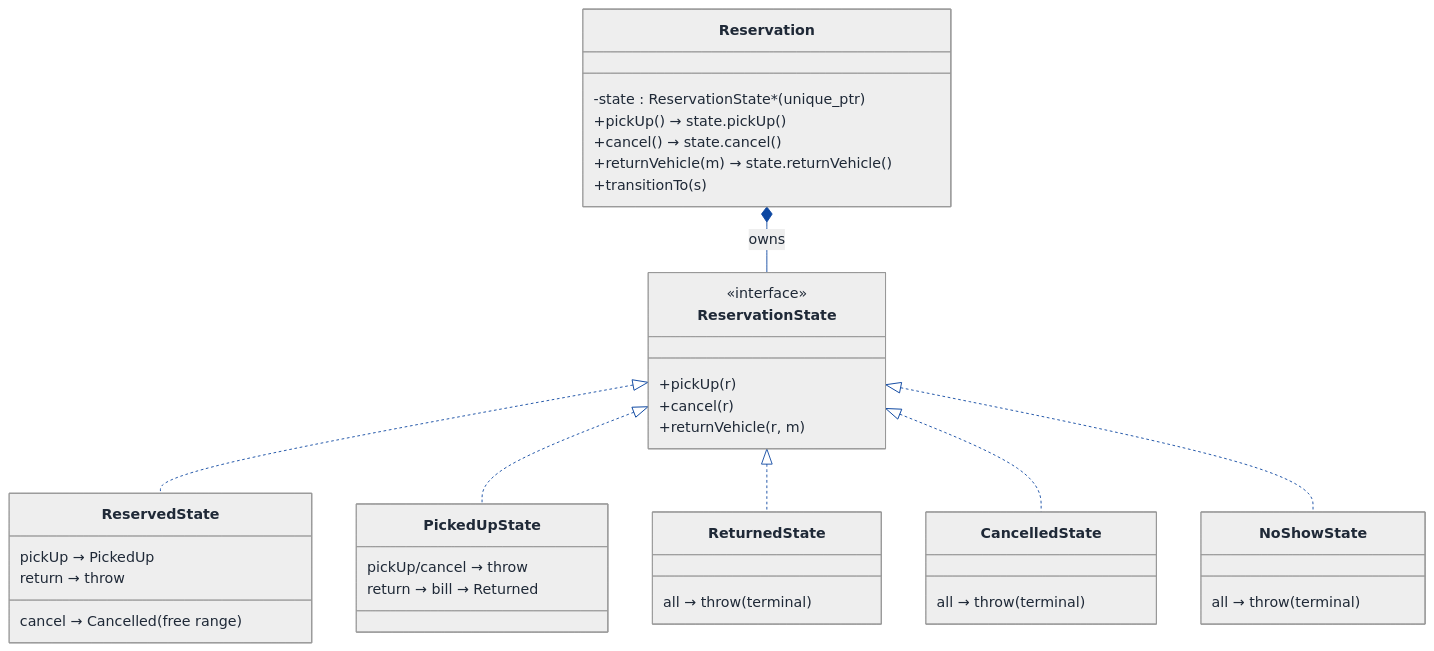
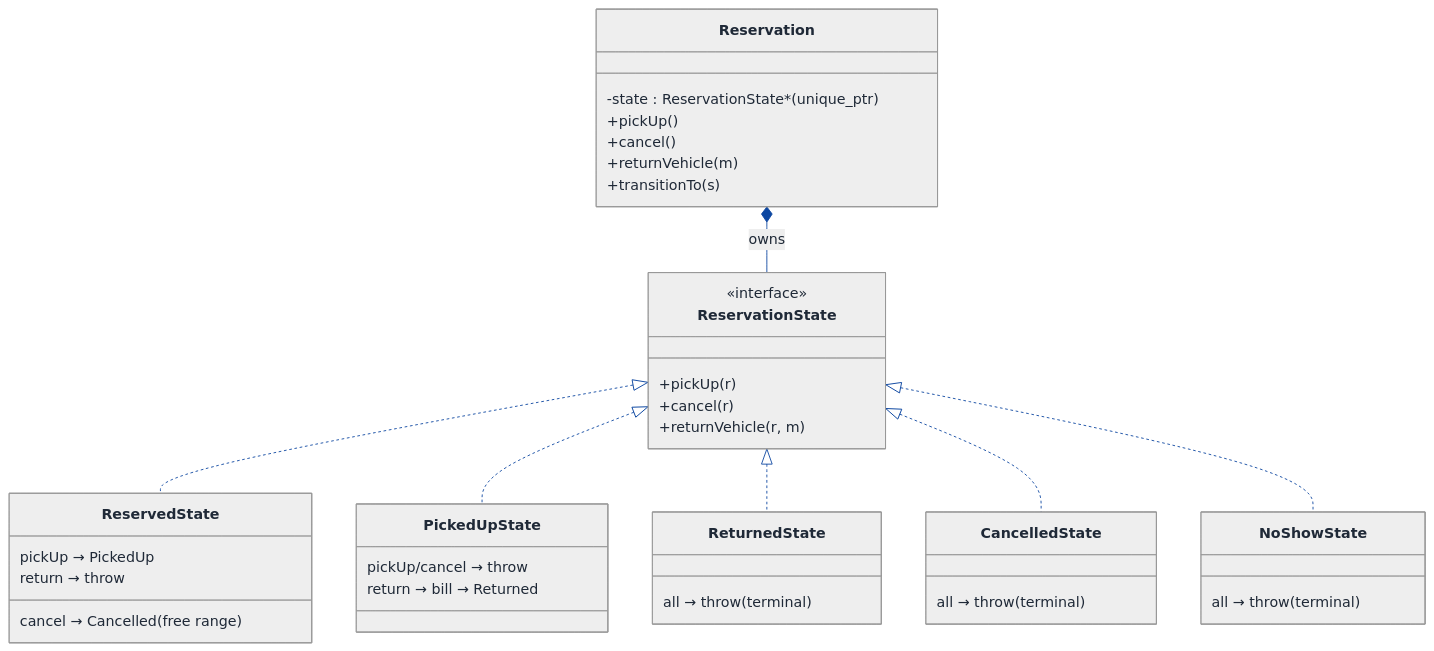
Before and after one commit to Prateek-5/question-bank: the second of 7 diagrams in LLD/Topics/Strategy_Pattern/Car_Rental_System.md, drawn with Mermaid. The commit also changed 61 other files, not shown here.

First line of the commit message:
Fix invalid mermaid classDiagram member syntax across LLD walkthroughs

````diff
--- a/LLD/Topics/Strategy_Pattern/Car_Rental_System.md
+++ b/LLD/Topics/Strategy_Pattern/Car_Rental_System.md
@@ -522,73 +522,73 @@
 ```mermaid
 ---
 config:
   theme: neutral
   themeVariables:
     background: '#ffffff'
     primaryColor: '#cfe2ff'
     primaryTextColor: '#1f2937'
     primaryBorderColor: '#084298'
     secondaryColor: '#fff3cd'
     secondaryTextColor: '#1f2937'
     secondaryBorderColor: '#664d03'
     tertiaryColor: '#d1e7dd'
     tertiaryTextColor: '#1f2937'
     tertiaryBorderColor: '#0a3622'
     lineColor: '#0d47a1'
     textColor: '#1f2937'
     noteBkgColor: '#fff3cd'
     noteTextColor: '#1f2937'
     noteBorderColor: '#997404'
     actorBkg: '#cfe2ff'
     actorBorder: '#084298'
     actorTextColor: '#1f2937'
     signalColor: '#0d47a1'
     signalTextColor: '#1f2937'
     labelBoxBkgColor: '#ffffff'
     labelBoxBorderColor: '#d3d3d3'
     labelTextColor: '#1f2937'
     edgeLabelBackground: '#ffffff'
     labelBackground: '#ffffff'
     classText: '#1f2937'
     fontFamily: 'system-ui, -apple-system, Segoe UI, Helvetica, Arial, sans-serif'
 ---
 classDiagram
   direction TB
   class Reservation {
     -state : ReservationState* (unique_ptr)
-    +pickUp()         → state.pickUp()
-    +cancel()         → state.cancel()
-    +returnVehicle(m) → state.returnVehicle()
+    +pickUp()
+    +cancel()
+    +returnVehicle(m)
     +transitionTo(s)
   }
   class ReservationState {
     <<interface>>
     +pickUp(r)
     +cancel(r)
     +returnVehicle(r, m)
   }
   class ReservedState {
     pickUp → PickedUp
     cancel → Cancelled (free range)
     return → throw
   }
   class PickedUpState {
     pickUp/cancel → throw
     return → bill → Returned
   }
   class ReturnedState {
     all → throw (terminal)
   }
   class CancelledState {
     all → throw (terminal)
   }
   class NoShowState {
     all → throw (terminal)
   }
   Reservation *-- ReservationState : owns
   ReservationState <|.. ReservedState
   ReservationState <|.. PickedUpState
   ReservationState <|.. ReturnedState
   ReservationState <|.. CancelledState
   ReservationState <|.. NoShowState
 ```
````
